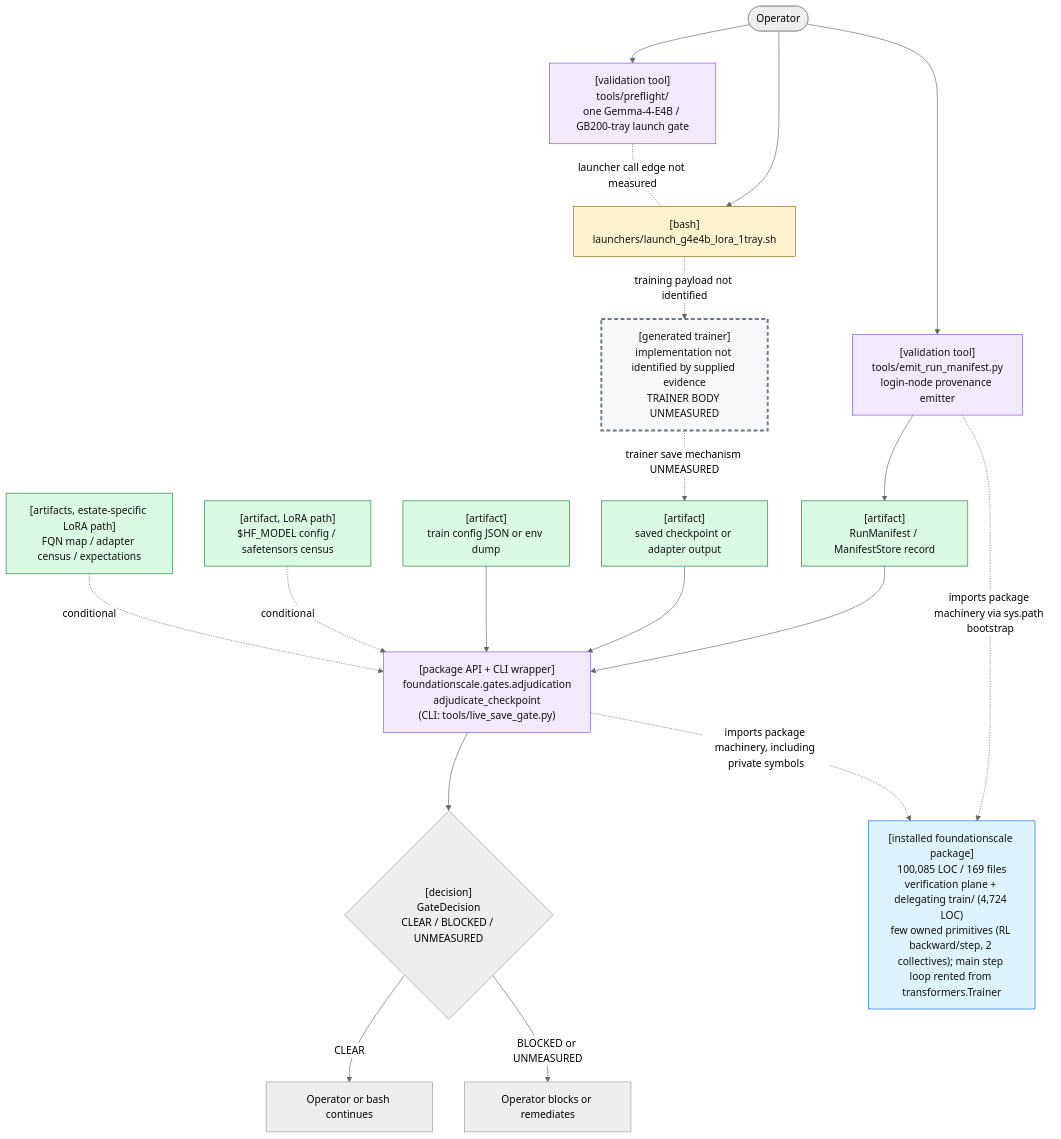
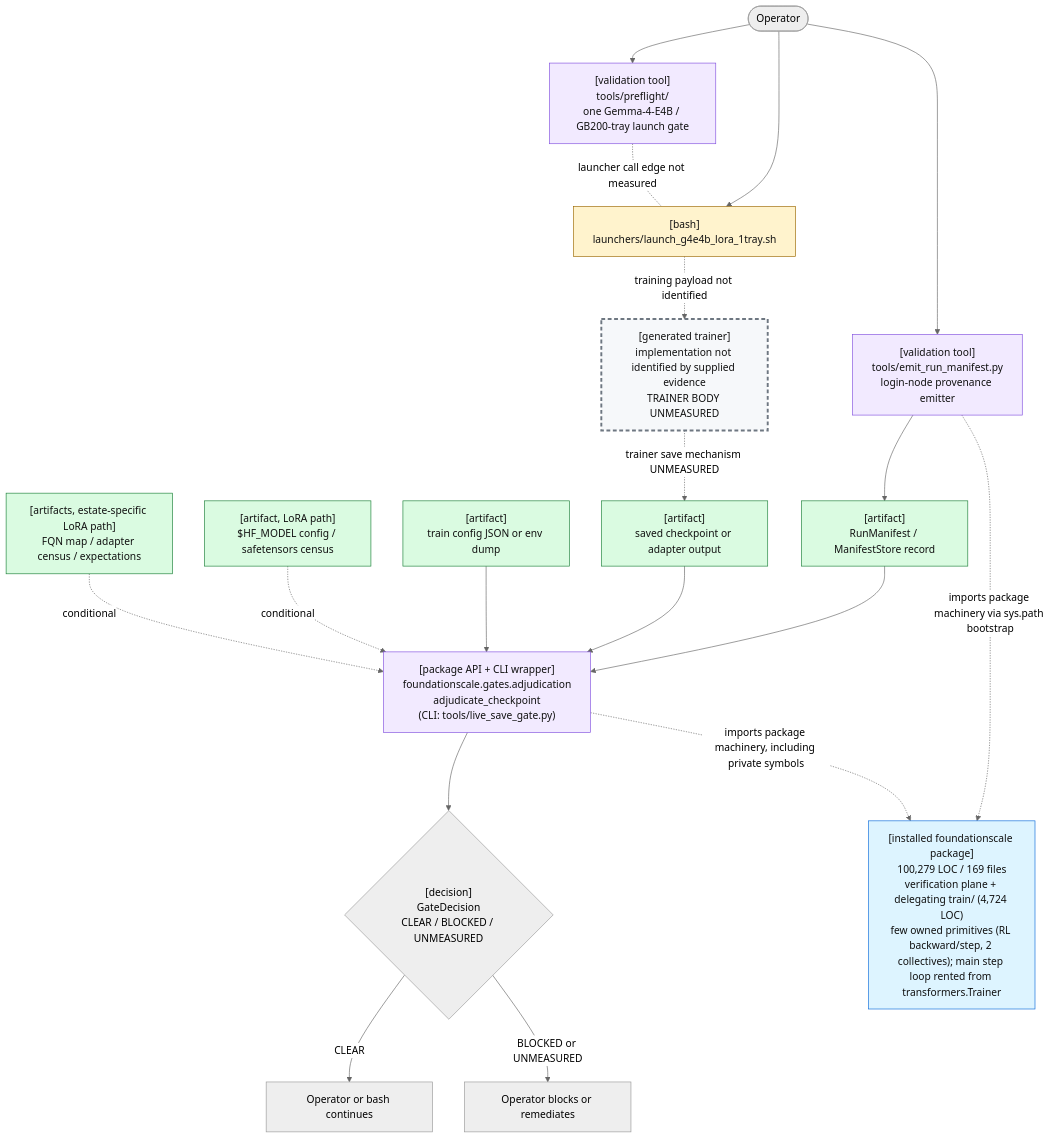
Before and after one commit to TranNhiem/FoundationScale: the first of 2 diagrams in docs/review/D2_current_architecture.md, drawn with Mermaid (neutral theme). The commit also changed other lines of this file and 10 other files, not shown here.

````diff
--- a/docs/review/D2_current_architecture.md
+++ b/docs/review/D2_current_architecture.md
@@ -25,59 +25,59 @@
 ```mermaid
 flowchart TB
   O(["Operator"])
 
   PF["[validation tool]<br/>tools/preflight/<br/>one Gemma-4-E4B / GB200-tray launch gate"]
   L["[bash]<br/>launchers/launch_g4e4b_lora_1tray.sh"]
 
   E["[validation tool]<br/>tools/emit_run_manifest.py<br/>login-node provenance emitter"]
   M["[artifact]<br/>RunManifest / ManifestStore record"]
 
   T["[generated trainer]<br/>implementation not identified by supplied evidence<br/>TRAINER BODY UNMEASURED"]
   C["[artifact]<br/>saved checkpoint or adapter output"]
 
   G["[package API + CLI wrapper]<br/>foundationscale.gates.adjudication<br/>adjudicate_checkpoint<br/>(CLI: tools/live_save_gate.py)"]
   CFG["[artifact]<br/>train config JSON or env dump"]
   BASE["[artifact, LoRA path]<br/>$HF_MODEL config / safetensors census"]
   CEN["[artifacts, estate-specific LoRA path]<br/>FQN map / adapter census / expectations"]
 
   D{"[decision]<br/>GateDecision<br/>CLEAR / BLOCKED / UNMEASURED"}
   OK["Operator or bash continues"]
   NO["Operator blocks or remediates"]
 
-  PKG["[installed foundationscale package]<br/>100,085 LOC / 169 files<br/>verification plane + delegating train/ (4,724 LOC)<br/>few owned primitives (RL backward/step, 2 collectives); main step loop rented from transformers.Trainer"]
+  PKG["[installed foundationscale package]<br/>100,279 LOC / 169 files<br/>verification plane + delegating train/ (4,724 LOC)<br/>few owned primitives (RL backward/step, 2 collectives); main step loop rented from transformers.Trainer"]
 
   O --> PF
   O --> L
   PF -. "launcher call edge not measured" .- L
 
   O --> E
   E --> M
 
   L -. "training payload not identified" .-> T
   T -. "trainer save mechanism UNMEASURED" .-> C
 
   M --> G
   C --> G
   CFG --> G
   BASE -. "conditional" .-> G
   CEN -. "conditional" .-> G
 
   E -. "imports package machinery via sys.path bootstrap" .-> PKG
   G -. "imports package machinery, including private symbols" .-> PKG
 
   G --> D
   D -->|"CLEAR"| OK
   D -->|"BLOCKED or UNMEASURED"| NO
 
   classDef bash fill:#fff3cd,stroke:#9a6700,color:#111;
   classDef tool fill:#f2eaff,stroke:#8250df,color:#111;
   classDef artifact fill:#dafbe1,stroke:#1a7f37,color:#111;
   classDef gap fill:#f6f8fa,stroke:#6e7781,stroke-width:3px,stroke-dasharray: 6 4,color:#111;
   classDef pkg fill:#ddf4ff,stroke:#0969da,color:#111;
 
   class L bash;
   class PF,E,G tool;
   class M,C,CFG,BASE,CEN artifact;
   class T gap;
   class PKG pkg;
 ```
````
